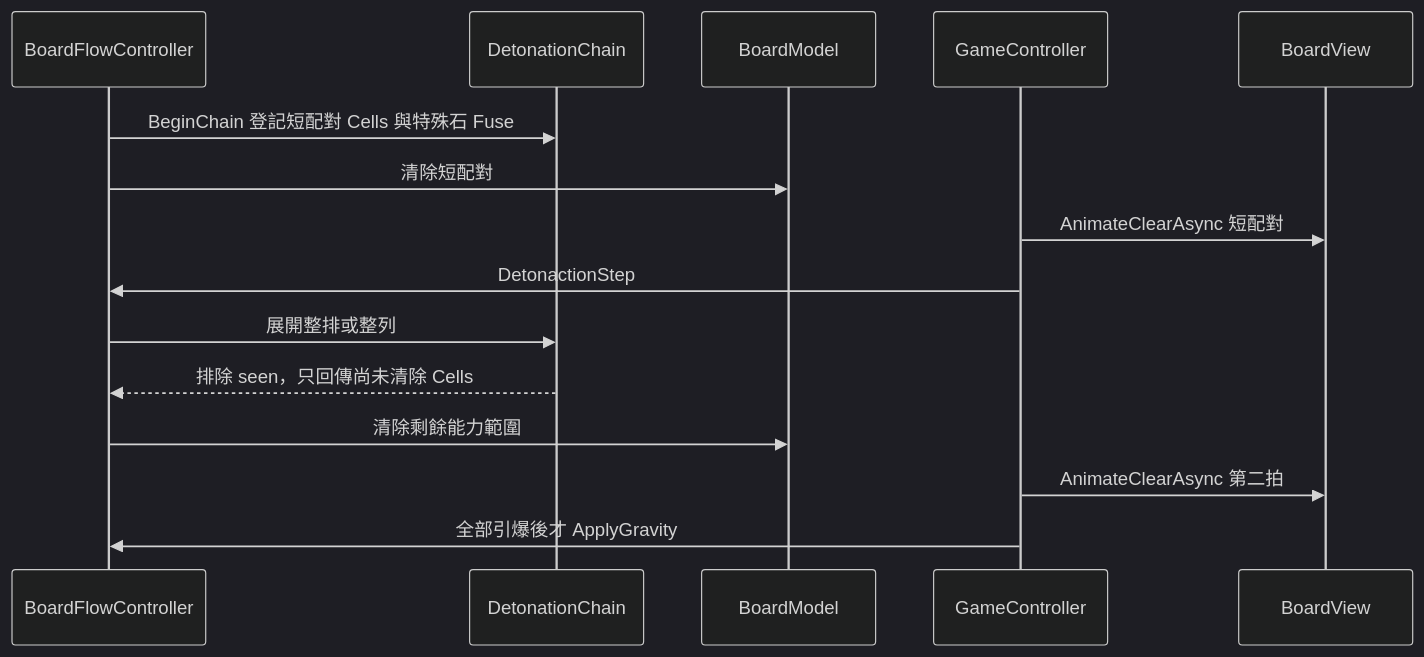
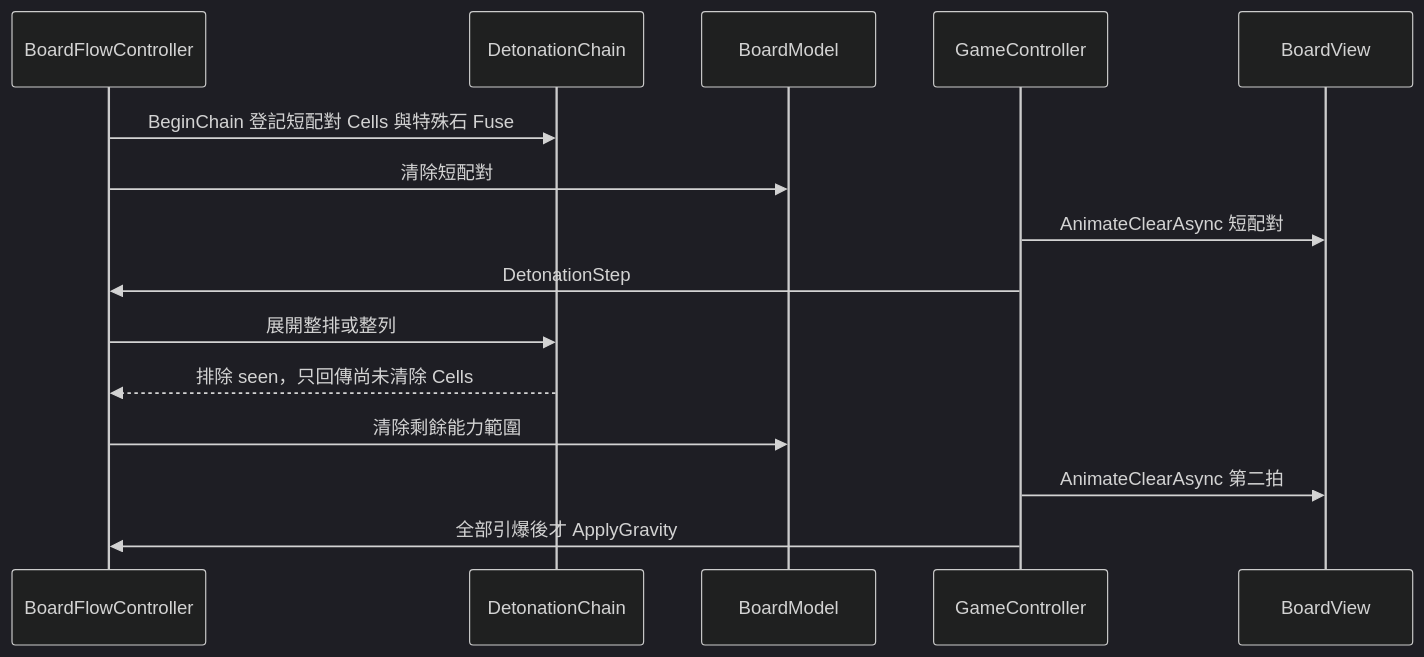
One commit to CodingCatz/MatchGems changed the third of 3 diagrams in CLASSROOM_CORRECTION_GUIDE.md. Above: the diagram before and after it, drawn with Mermaid (dark theme). The commit also changed other lines of this file, not shown here.

Commit message:
docs: add step-by-step code fixes to classroom guide

````diff
--- a/CLASSROOM_CORRECTION_GUIDE.md
+++ b/CLASSROOM_CORRECTION_GUIDE.md
@@ -403,17 +804,17 @@
 ```mermaid
 sequenceDiagram
     participant F as BoardFlowController
     participant D as DetonationChain
     participant M as BoardModel
     participant C as GameController
     participant V as BoardView
     F->>D: BeginChain 登記短配對 Cells 與特殊石 Fuse
     F->>M: 清除短配對
     C->>V: AnimateClearAsync 短配對
-    C->>F: DetonactionStep
+    C->>F: DetonationStep
     F->>D: 展開整排或整列
     D-->>F: 排除 seen，只回傳尚未清除 Cells
     F->>M: 清除剩餘能力範圍
     C->>V: AnimateClearAsync 第二拍
     C->>F: 全部引爆後才 ApplyGravity
 ```
````
